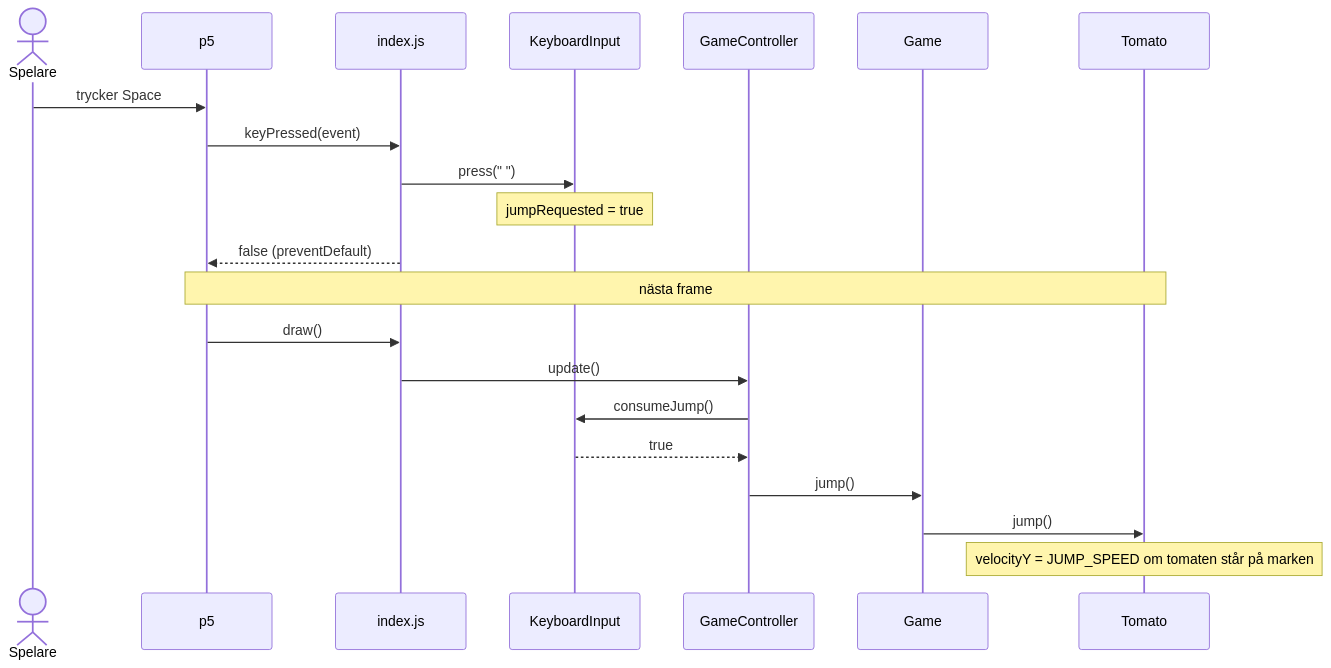
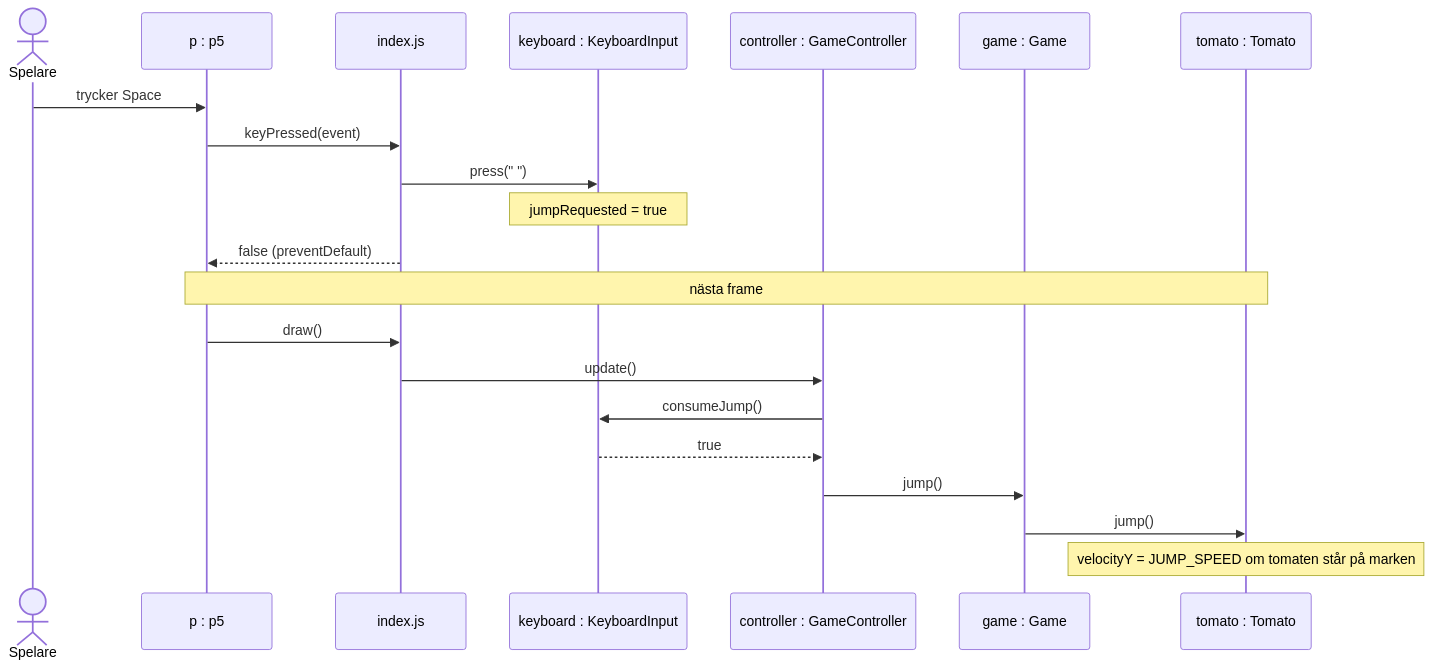
Before and after one commit to 1dv610/ripe-tomato: the seventh of 9 diagrams in MVC_DESIGN.md, drawn with Mermaid. The commit also changed other lines of this file, not shown here.

First line of the commit message:
Name sequence diagram lifelines as instances in UML notation

````diff
--- a/MVC_DESIGN.md
+++ b/MVC_DESIGN.md
@@ -793,25 +802,25 @@
 ```mermaid
 sequenceDiagram
     actor A as Spelare
-    participant P as p5
+    participant P as p : p5
     participant S as index.js
-    participant K as KeyboardInput
-    participant C as GameController
-    participant G as Game
-    participant T as Tomato
+    participant K as keyboard : KeyboardInput
+    participant C as controller : GameController
+    participant G as game : Game
+    participant T as tomato : Tomato
 
     A->>P: trycker Space
     P->>S: keyPressed(event)
     S->>K: press(" ")
     Note over K: jumpRequested = true
     S-->>P: false (preventDefault)
 
     Note over P,T: nästa frame
     P->>S: draw()
     S->>C: update()
     C->>K: consumeJump()
     K-->>C: true
     C->>G: jump()
     G->>T: jump()
     Note over T: velocityY = JUMP_SPEED om tomaten står på marken
 ```
````
